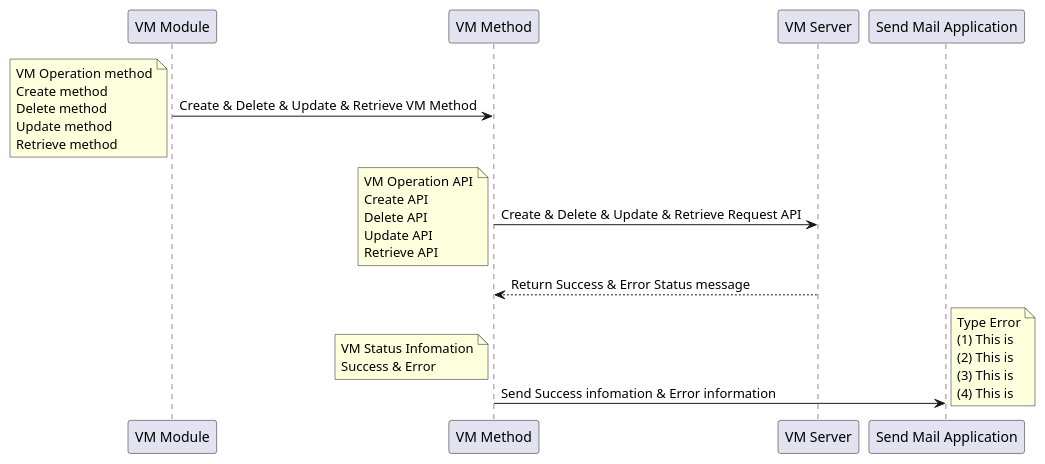
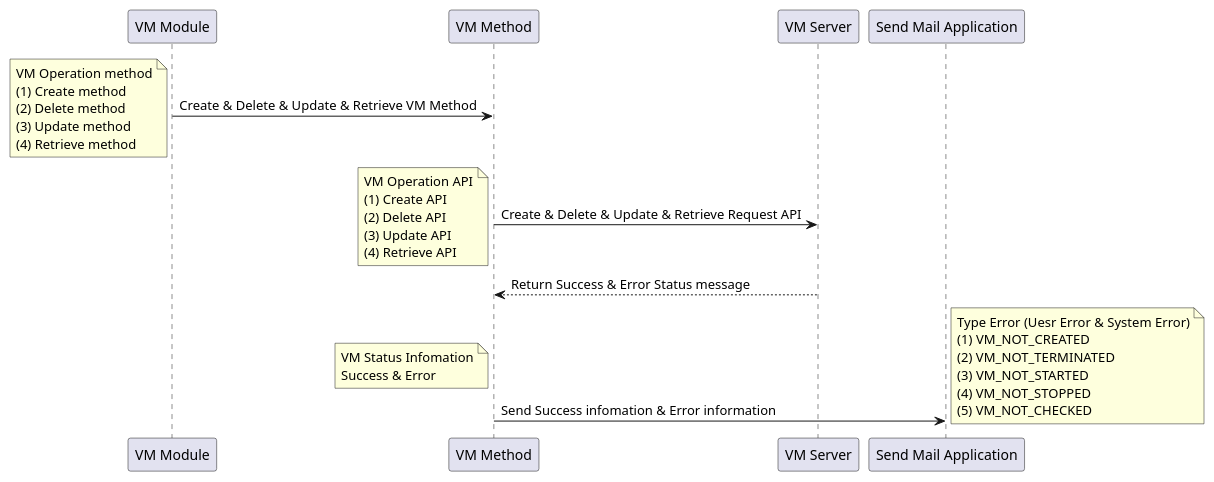
Before and after one commit to zhoujiahua/tec.email: the diagram in documention/TE_Cloud.puml, drawn with PlantUML. The commit also changed 12 other files, not shown here.

```diff
--- a/documention/TE_Cloud.puml
+++ b/documention/TE_Cloud.puml
@@ -1,32 +1,33 @@
 @startuml TE_Cloud
 "VM Module" -> "VM Method": Create & Delete & Update & Retrieve VM Method
 note left
     VM Operation method
-    Create method
-    Delete method
-    Update method
-    Retrieve method
+    (1) Create method
+    (2) Delete method
+    (3) Update method
+    (4) Retrieve method
 end note
 "VM Server" <- "VM Method": Create & Delete & Update & Retrieve Request API
 note left
     VM Operation API
-    Create API
-    Delete API
-    Update API
-    Retrieve API
+    (1) Create API
+    (2) Delete API
+    (3) Update API
+    (4) Retrieve API
 end note
 "VM Method" <-- "VM Server": Return Success & Error Status message
 "Send Mail Application" <- "VM Method": Send Success infomation & Error information
 note left
     VM Status Infomation
     Success & Error
 end note
 note right
-    Type Error
-    (1) This is
-    (2) This is
-    (3) This is
-    (4) This is
+    Type Error (Uesr Error & System Error)
+    (1) VM_NOT_CREATED
+    (2) VM_NOT_TERMINATED
+    (3) VM_NOT_STARTED
+    (4) VM_NOT_STOPPED
+    (5) VM_NOT_CHECKED
 end note
 
 @enduml
```
